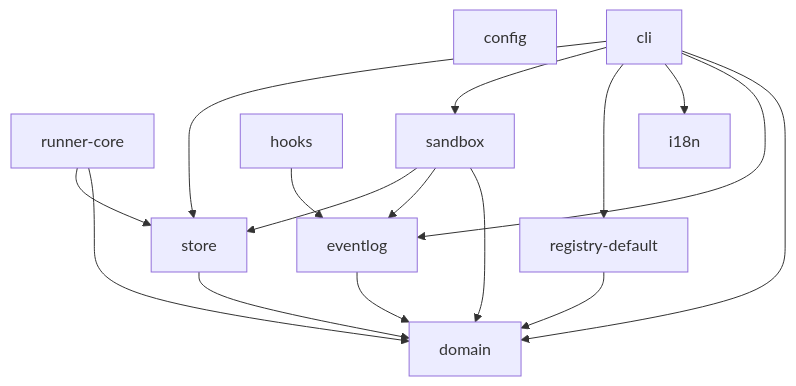
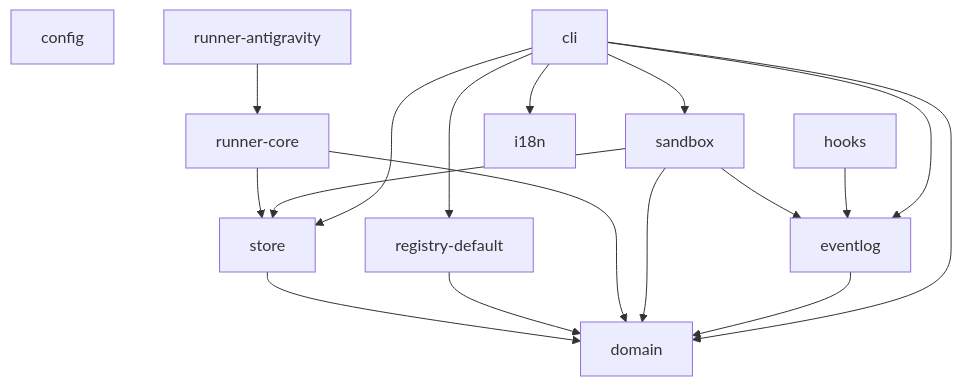
One commit to thap-nv/the-world-of-elvaria changed the diagram in docs/dependency-graph.md. Above: the diagram before and after it, drawn with Mermaid. The commit also changed other lines of this file and 43 other files, not shown here.

````diff
--- a/docs/dependency-graph.md
+++ b/docs/dependency-graph.md
@@ -7,28 +7,30 @@
 ```mermaid
 flowchart TD
   config["config"]
   domain["domain"]
   store["store"]
   registry_default["registry-default"]
   runner_core["runner-core"]
+  runner_antigravity["runner-antigravity"]
   sandbox["sandbox"]
   eventlog["eventlog"]
   hooks["hooks"]
   i18n["i18n"]
   cli["cli"]
   store --> domain
   registry_default --> domain
   runner_core --> domain
   runner_core --> store
+  runner_antigravity --> runner_core
   sandbox --> domain
   sandbox --> eventlog
   sandbox --> store
   eventlog --> domain
   hooks --> eventlog
   cli --> domain
   cli --> eventlog
   cli --> i18n
   cli --> registry_default
   cli --> sandbox
   cli --> store
 ```
````
